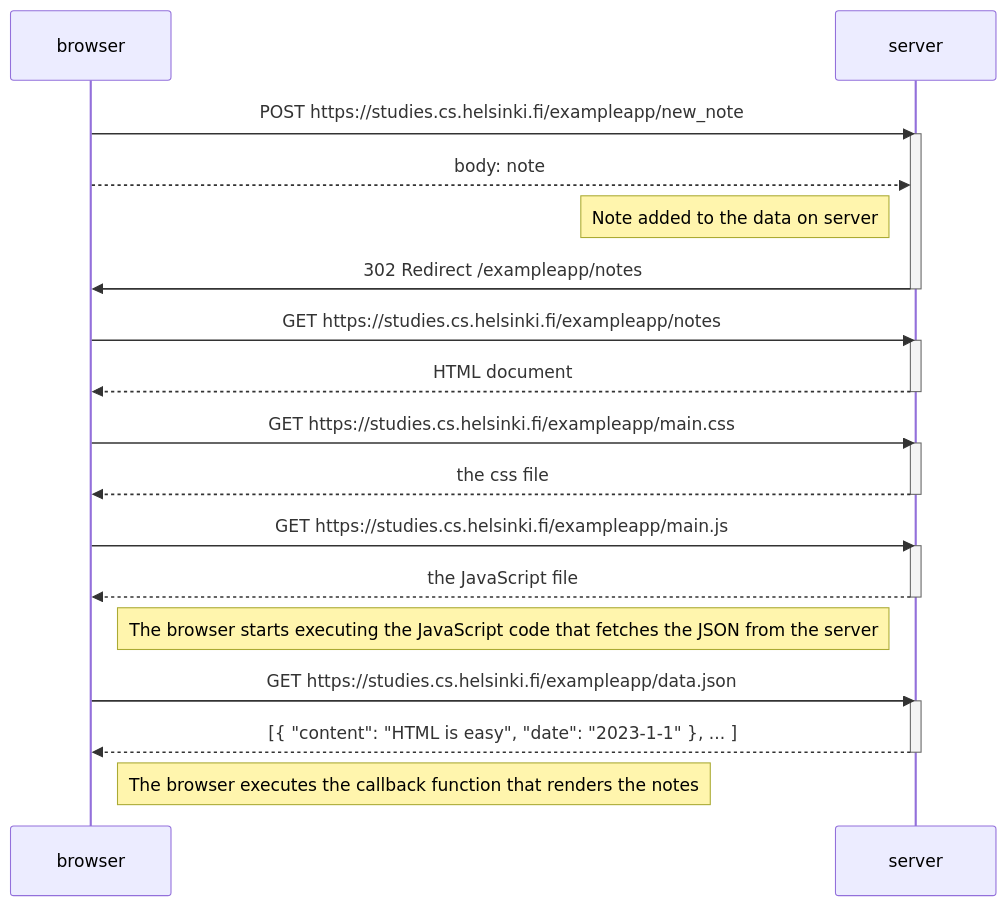
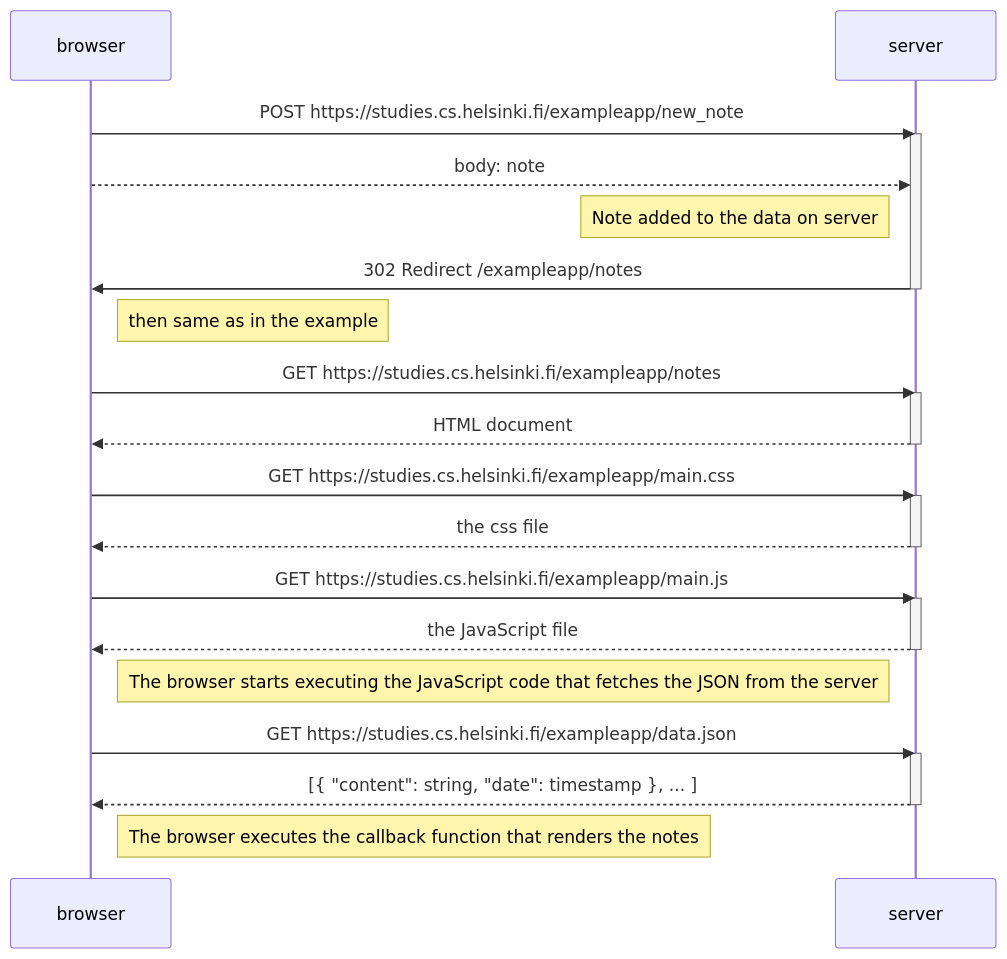
Before and after one commit to anttinupponen/fullstackopen: the diagram in part0/part0_4.md, drawn with Mermaid.

````diff
--- a/part0/part0_4.md
+++ b/part0/part0_4.md
@@ -1,36 +1,37 @@
 ```mermaid
 sequenceDiagram
   participant browser
   participant server
 
   browser->>server: POST https://studies.cs.helsinki.fi/exampleapp/new_note
   activate server
   browser-->>server: body: note
   note left of server: Note added to the data on server
   server->>browser: 302 Redirect /exampleapp/notes
   deactivate server
   
+  note right of browser: then same as in the example
   browser->>server: GET https://studies.cs.helsinki.fi/exampleapp/notes
   activate server
   server-->>browser: HTML document
   deactivate server
   
   browser->>server: GET https://studies.cs.helsinki.fi/exampleapp/main.css
   activate server
   server-->>browser: the css file
   deactivate server
   
   browser->>server: GET https://studies.cs.helsinki.fi/exampleapp/main.js
   activate server
   server-->>browser: the JavaScript file
   deactivate server
   
   Note right of browser: The browser starts executing the JavaScript code that fetches the JSON from the server
   
   browser->>server: GET https://studies.cs.helsinki.fi/exampleapp/data.json
   activate server
-  server-->>browser: [{ "content": "HTML is easy", "date": "2023-1-1" }, ... ]
-  deactivate server    
+  server-->>browser: [{ "content": string, "date": timestamp }, ... ]
+  deactivate server
 
   Note right of browser: The browser executes the callback function that renders the notes 
 ```
````
